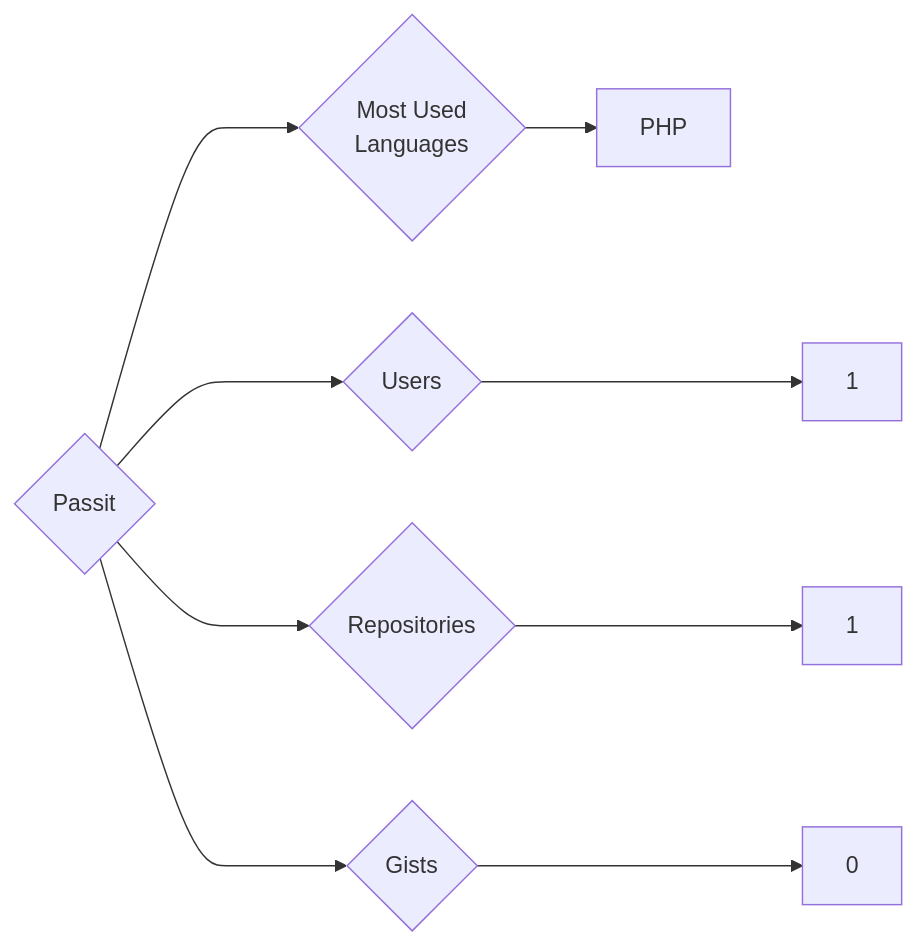
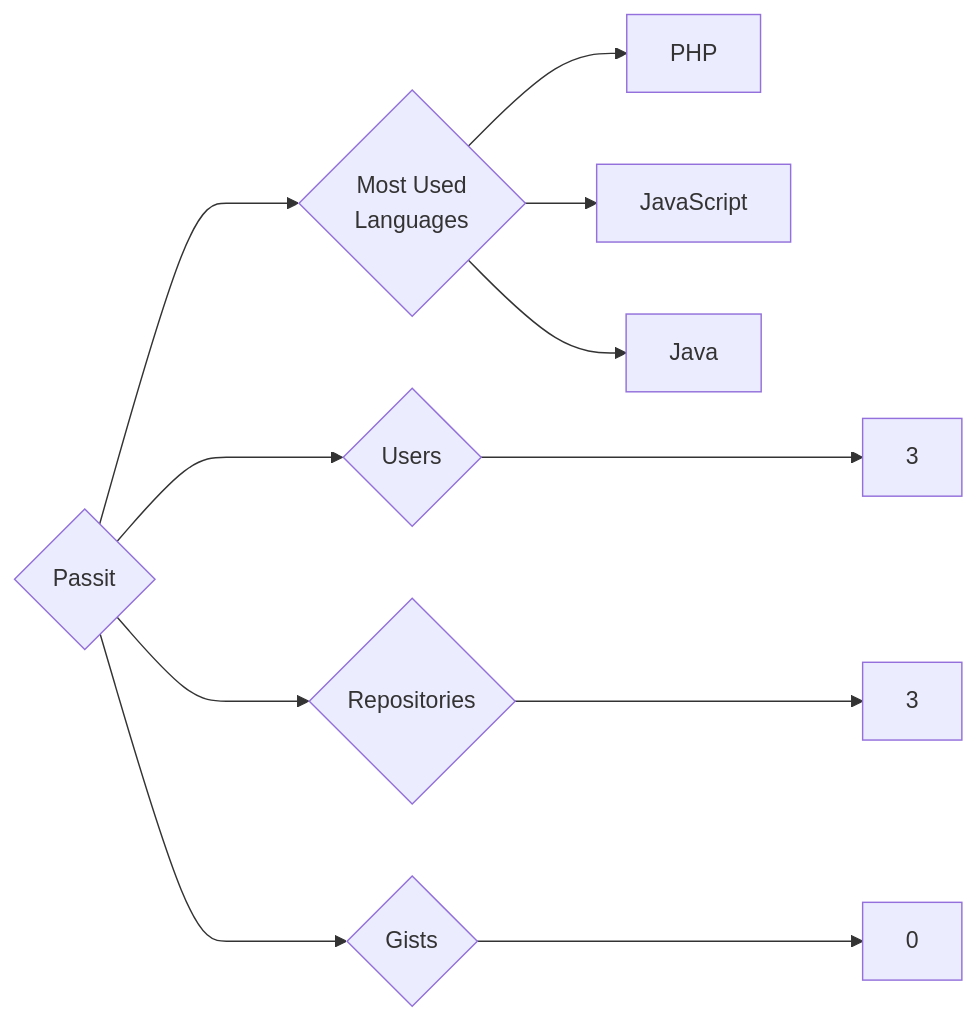
The diagram in targets/Passit/README.md (trickest/insiders), drawn with Mermaid before and after one commit. The commit also changed 851 other files, not shown here.

````diff
--- a/targets/Passit/README.md
+++ b/targets/Passit/README.md
@@ -3,9 +3,11 @@
 ```mermaid
 graph LR
 COMPANY_NAME{Passit}
-COMPANY_NAME ---> U{Users} ---> UN[1]
-COMPANY_NAME ---> R{Repositories} ---> RN[1]
+COMPANY_NAME ---> U{Users} ---> UN[3]
+COMPANY_NAME ---> R{Repositories} ---> RN[3]
 COMPANY_NAME ---> G{Gists} ---> GN[0]
 COMPANY_NAME ---> ML{Most Used<br>Languages}
 ML --> PHP[PHP]
+ML --> JavaScript[JavaScript]
+ML --> Java[Java]
 ```
````
